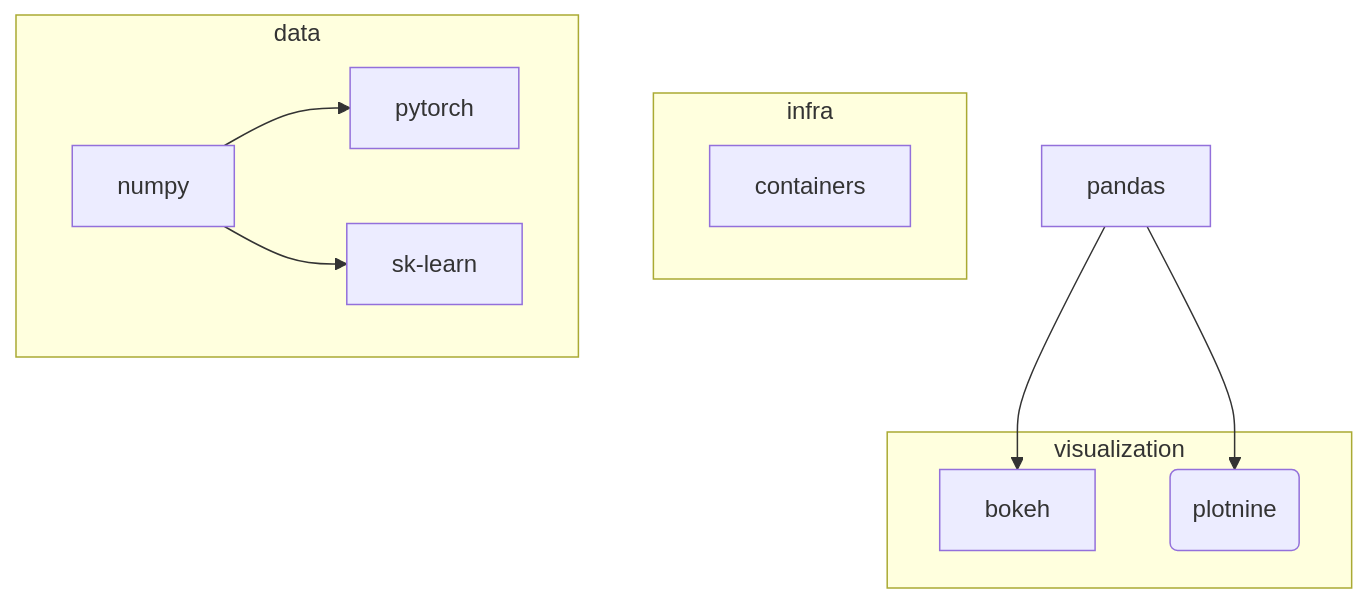
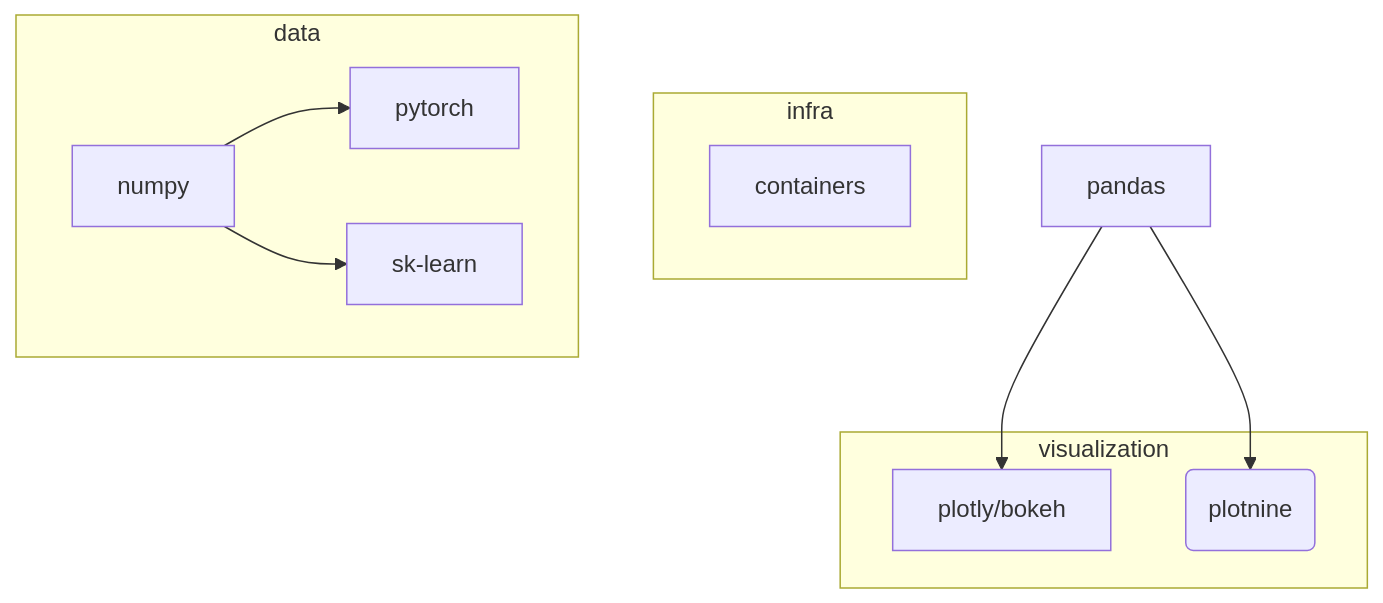
The second of 3 diagrams in docs/programming/python/README.md (SGo-Go/learning), drawn with Mermaid before and after one commit. The commit also changed other lines of this file and 5 other files, not shown here.

````diff
--- a/docs/programming/python/README.md
+++ b/docs/programming/python/README.md
@@ -54,21 +74,21 @@
 ```mermaid
 flowchart TD
 
 subgraph infra
   containers
 end
 
 subgraph data
   numpy --> pytorch
   numpy --> sk-learn
 end
 
 subgraph visualization
-  bokeh
+  plotly[plotly/bokeh]
   plotnine(plotnine)
 end
 
-pandas --> bokeh
+pandas --> plotly
 pandas --> plotnine
 containers
 ```
````
